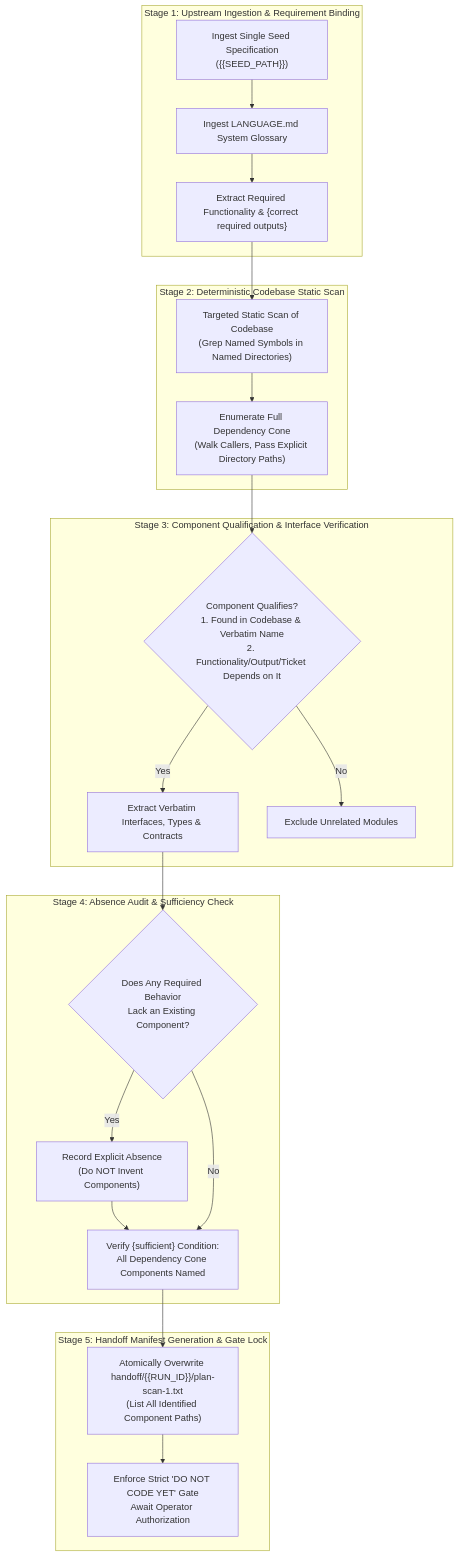
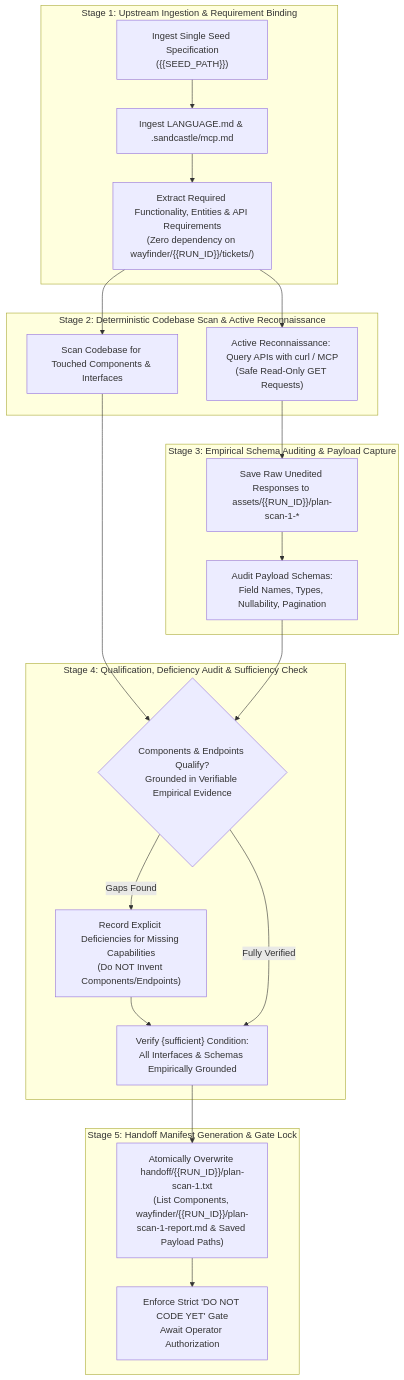
The diagram in .sandcastle/plan-scan.md (LuisP1028/Bartending), drawn with Mermaid before and after one commit. The commit also changed other lines of this file and 14 other files, not shown here.

````diff
--- a/.sandcastle/plan-scan.md
+++ b/.sandcastle/plan-scan.md
@@ -138,39 +171,38 @@
 ```mermaid
 flowchart TD
     subgraph STAGE_1["Stage 1: Upstream Ingestion & Requirement Binding"]
         INGEST_SEED["Ingest Single Seed Specification\n({{SEED_PATH}})"]
-        INGEST_GLOSSARY["Ingest LANGUAGE.md System Glossary"]
-        INGEST_SPECS["Extract Required Functionality & {correct required outputs}"]
+        INGEST_GLOSSARY["Ingest LANGUAGE.md & .sandcastle/mcp.md"]
+        INGEST_SPECS["Extract Required Functionality, Entities & API Requirements\n(Zero dependency on wayfinder/{{RUN_ID}}/tickets/)"]
         INGEST_SEED --> INGEST_GLOSSARY --> INGEST_SPECS
     end
 
-    subgraph STAGE_2["Stage 2: Deterministic Codebase Static Scan"]
-        SCAN_CODEBASE["Targeted Static Scan of Codebase\n(Grep Named Symbols in Named Directories)"]
-        TRACE_CONE["Enumerate Full Dependency Cone\n(Walk Callers, Pass Explicit Directory Paths)"]
-        INGEST_SPECS --> SCAN_CODEBASE --> TRACE_CONE
+    subgraph STAGE_2["Stage 2: Deterministic Codebase Scan & Active Reconnaissance"]
+        SCAN_CODEBASE["Scan Codebase for Touched Components & Interfaces"]
+        PROBE_APIS["Active Reconnaissance: Query APIs with curl / MCP\n(Safe Read-Only GET Requests)"]
+        INGEST_SPECS --> SCAN_CODEBASE
+        INGEST_SPECS --> PROBE_APIS
     end
 
-    subgraph STAGE_3["Stage 3: Component Qualification & Interface Verification"]
-        QUAL_GATE{"Component Qualifies?\n1. Found in Codebase & Verbatim Name\n2. Functionality/Output/Ticket Depends on It"}
-        MAP_INTERFACE["Extract Verbatim Interfaces, Types & Contracts"]
-        DISCARD_UNRELATED["Exclude Unrelated Modules"]
-        TRACE_CONE --> QUAL_GATE
-        QUAL_GATE -->|Yes| MAP_INTERFACE
-        QUAL_GATE -->|No| DISCARD_UNRELATED
+    subgraph STAGE_3["Stage 3: Empirical Schema Auditing & Payload Capture"]
+        CAPTURE_PAYLOADS["Save Raw Unedited Responses to assets/{{RUN_ID}}/plan-scan-1-*"]
+        AUDIT_SCHEMAS["Audit Payload Schemas:\nField Names, Types, Nullability, Pagination"]
+        PROBE_APIS --> CAPTURE_PAYLOADS --> AUDIT_SCHEMAS
     end
 
-    subgraph STAGE_4["Stage 4: Absence Audit & Sufficiency Check"]
-        AUDIT_ABSENCE{"Does Any Required Behavior\nLack an Existing Component?"}
-        RECORD_ABSENCE["Record Explicit Absence\n(Do NOT Invent Components)"]
-        CHECK_SUFF["Verify {sufficient} Condition:\nAll Dependency Cone Components Named"]
-        MAP_INTERFACE --> AUDIT_ABSENCE
-        AUDIT_ABSENCE -->|Yes| RECORD_ABSENCE --> CHECK_SUFF
-        AUDIT_ABSENCE -->|No| CHECK_SUFF
+    subgraph STAGE_4["Stage 4: Qualification, Deficiency Audit & Sufficiency Check"]
+        QUAL_GATE{"Components & Endpoints Qualify?\nGrounded in Verifiable Empirical Evidence"}
+        RECORD_DEFICIENCY["Record Explicit Deficiencies for Missing Capabilities\n(Do NOT Invent Components/Endpoints)"]
+        CHECK_SUFF["Verify {sufficient} Condition:\nAll Interfaces & Schemas Empirically Grounded"]
+        SCAN_CODEBASE --> QUAL_GATE
+        AUDIT_SCHEMAS --> QUAL_GATE
+        QUAL_GATE -->|Gaps Found| RECORD_DEFICIENCY --> CHECK_SUFF
+        QUAL_GATE -->|Fully Verified| CHECK_SUFF
     end
 
     subgraph STAGE_5["Stage 5: Handoff Manifest Generation & Gate Lock"]
-        GEN_MANIFEST["Atomically Overwrite handoff/{{RUN_ID}}/plan-scan-1.txt\n(List All Identified Component Paths)"]
+        GEN_MANIFEST["Atomically Overwrite handoff/{{RUN_ID}}/plan-scan-1.txt\n(List Components, wayfinder/{{RUN_ID}}/plan-scan-1-report.md & Saved Payload Paths)"]
         LOCK_GATE["Enforce Strict 'DO NOT CODE YET' Gate\nAwait Operator Authorization"]
         CHECK_SUFF --> GEN_MANIFEST --> LOCK_GATE
     end
 ```
````
